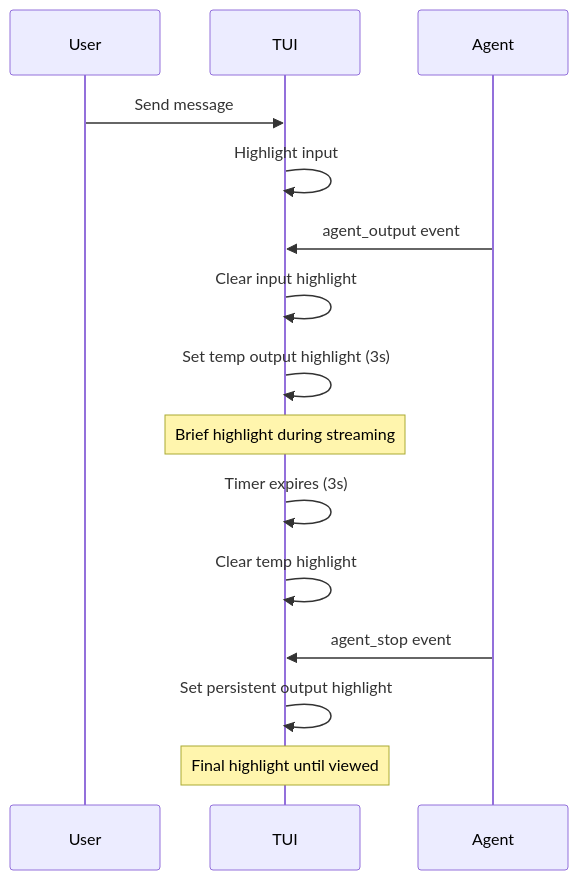
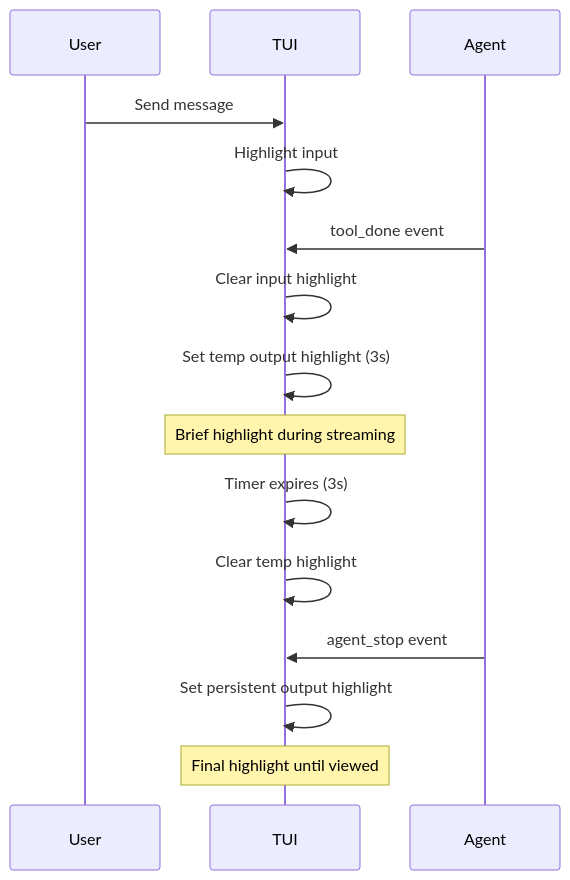
Before and after one commit to InstruktAI/TeleClaude: the second of 3 diagrams in docs/project/design/ux/session-highlight.md, drawn with Mermaid. The commit also changed other lines of this file and 4 other files, not shown here.

First line of the commit message:
docs: update event vocabulary in specs and architecture docs

````diff
--- a/docs/project/design/ux/session-highlight.md
+++ b/docs/project/design/ux/session-highlight.md
@@ -66,21 +66,21 @@
 ```mermaid
 sequenceDiagram
     participant User
     participant TUI
     participant Agent
 
     User->>TUI: Send message
     TUI->>TUI: Highlight input
 
-    Agent->>TUI: agent_output event
+    Agent->>TUI: tool_done event
     TUI->>TUI: Clear input highlight
     TUI->>TUI: Set temp output highlight (3s)
     Note over TUI: Brief highlight during streaming
 
     TUI->>TUI: Timer expires (3s)
     TUI->>TUI: Clear temp highlight
 
     Agent->>TUI: agent_stop event
     TUI->>TUI: Set persistent output highlight
     Note over TUI: Final highlight until viewed
 ```
````
